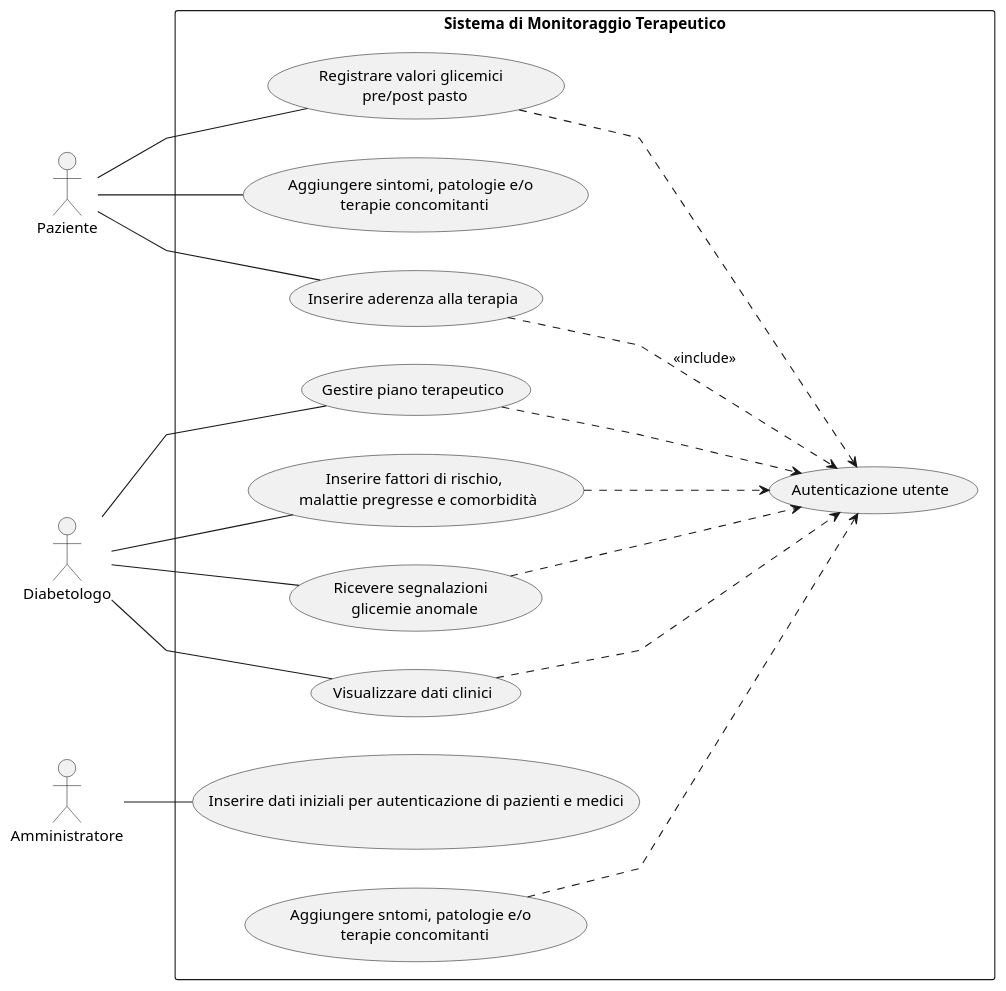
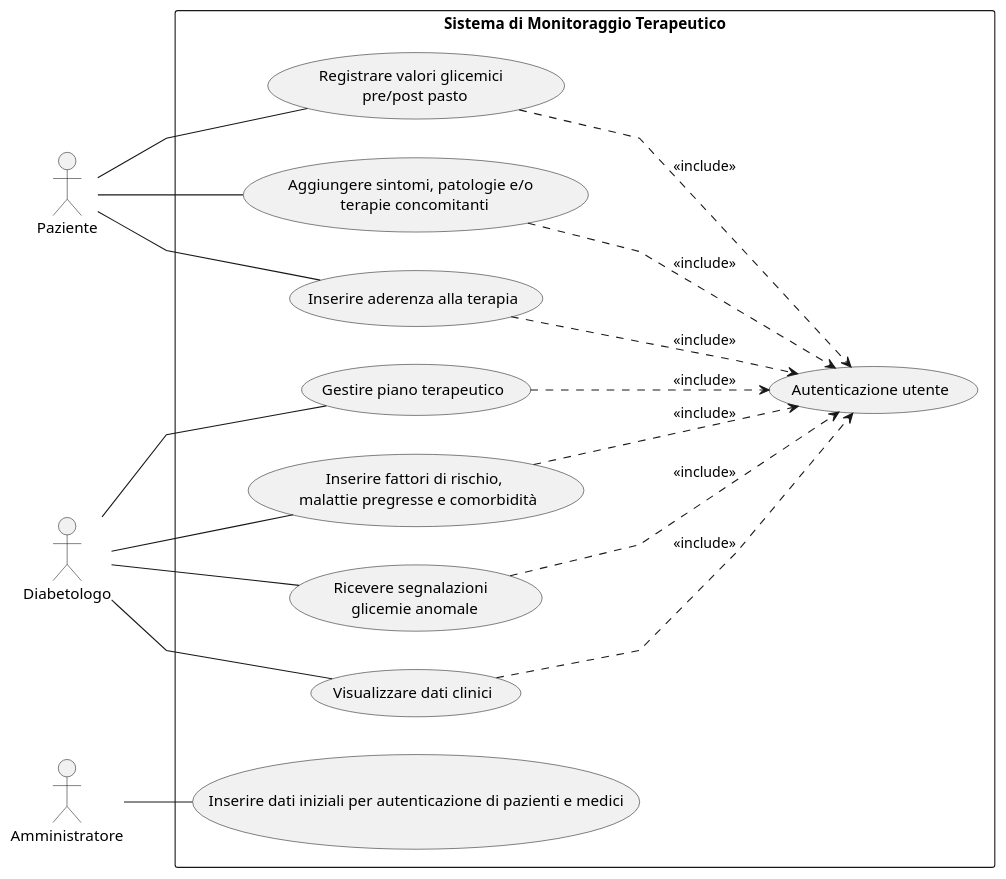
The diagram in diagrammi/usercase.puml (xMxrgan/Software-Engineering), drawn with PlantUML before and after one commit.

Commit message:
modifice usercase

```diff
--- a/diagrammi/usercase.puml
+++ b/diagrammi/usercase.puml
@@ -1,33 +1,32 @@
 @startuml usercase
 skinparam linetype polyline
 left to right direction
 actor Paziente
 actor Diabetologo
 actor Amministratore
 
 rectangle "Sistema di Monitoraggio Terapeutico" {
 
 :Paziente: -- (Registrare valori glicemici \n pre/post pasto)
 :Paziente: -- (Aggiungere sintomi, patologie e/o \n terapie concomitanti)
 :Paziente: -- (Inserire aderenza alla terapia)
 
 :Diabetologo: -- (Gestire piano terapeutico)
 :Diabetologo: -- (Inserire fattori di rischio, \n malattie pregresse e comorbidità)
 :Diabetologo: -- (Ricevere segnalazioni \n glicemie anomale)
 :Diabetologo: -- (Visualizzare dati clinici)
 
 :Amministratore: -- (Inserire dati iniziali per autenticazione di pazienti e medici)
 
 (Inserire aderenza alla terapia) ..> (Autenticazione utente) : <<include>>
-(Aggiungere sntomi, patologie e/o \n terapie concomitanti) ..> (Autenticazione utente)
-(Registrare valori glicemici \n pre/post pasto) ..> (Autenticazione utente)
-(Gestire piano terapeutico) ..> (Autenticazione utente)
-(Ricevere segnalazioni \n glicemie anomale) ..> (Autenticazione utente)
-(Inserire fattori di rischio, \n malattie pregresse e comorbidità) ..> (Autenticazione utente)
-(Visualizzare dati clinici) ..> (Autenticazione utente)
-
+(Registrare valori glicemici \n pre/post pasto) ..> (Autenticazione utente) : <<include>>
+(Gestire piano terapeutico) ..> (Autenticazione utente) : <<include>>
+(Ricevere segnalazioni \n glicemie anomale) ..> (Autenticazione utente) : <<include>>
+(Inserire fattori di rischio, \n malattie pregresse e comorbidità) ..> (Autenticazione utente) : <<include>>
+(Visualizzare dati clinici) ..> (Autenticazione utente)  : <<include>>
+(Aggiungere sintomi, patologie e/o \n terapie concomitanti) ..> (Autenticazione utente) : <<include>>
 
 
 }
 
 @enduml
```
